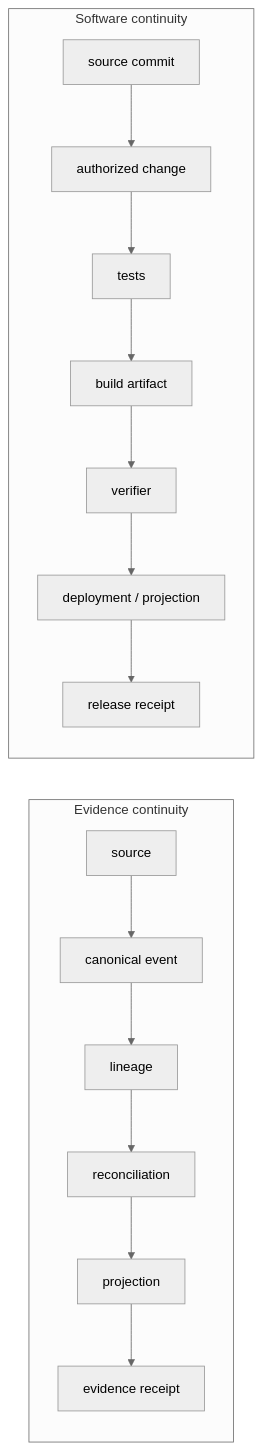
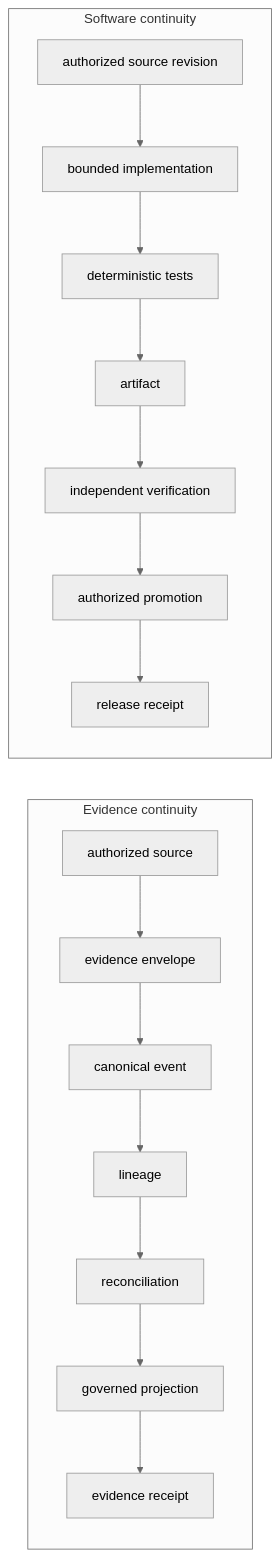
The diagram in WORK/CONTINUITY-PACKET-v002.md (WSP001/ROBORTO-DBA-WSP), drawn with Mermaid (neutral theme) before and after one commit. The commit also changed other lines of this file, not shown here.

````diff
--- a/WORK/CONTINUITY-PACKET-v002.md
+++ b/WORK/CONTINUITY-PACKET-v002.md
@@ -58,18 +86,19 @@
 ```mermaid
 flowchart LR
   subgraph evidence [Evidence continuity]
-    E1[source] --> E2[canonical event]
-    E2 --> E3[lineage]
-    E3 --> E4[reconciliation]
-    E4 --> E5[projection]
-    E5 --> E6[evidence receipt]
+    E1[authorized source] --> E2[evidence envelope]
+    E2 --> E3[canonical event]
+    E3 --> E4[lineage]
+    E4 --> E5[reconciliation]
+    E5 --> E6[governed projection]
+    E6 --> E7[evidence receipt]
   end
   subgraph software [Software continuity]
-    S1[source commit] --> S2[authorized change]
-    S2 --> S3[tests]
-    S3 --> S4[build artifact]
-    S4 --> S5[verifier]
-    S5 --> S6[deployment / projection]
+    S1[authorized source revision] --> S2[bounded implementation]
+    S2 --> S3[deterministic tests]
+    S3 --> S4[artifact]
+    S4 --> S5[independent verification]
+    S5 --> S6[authorized promotion]
     S6 --> S7[release receipt]
   end
 ```
````
